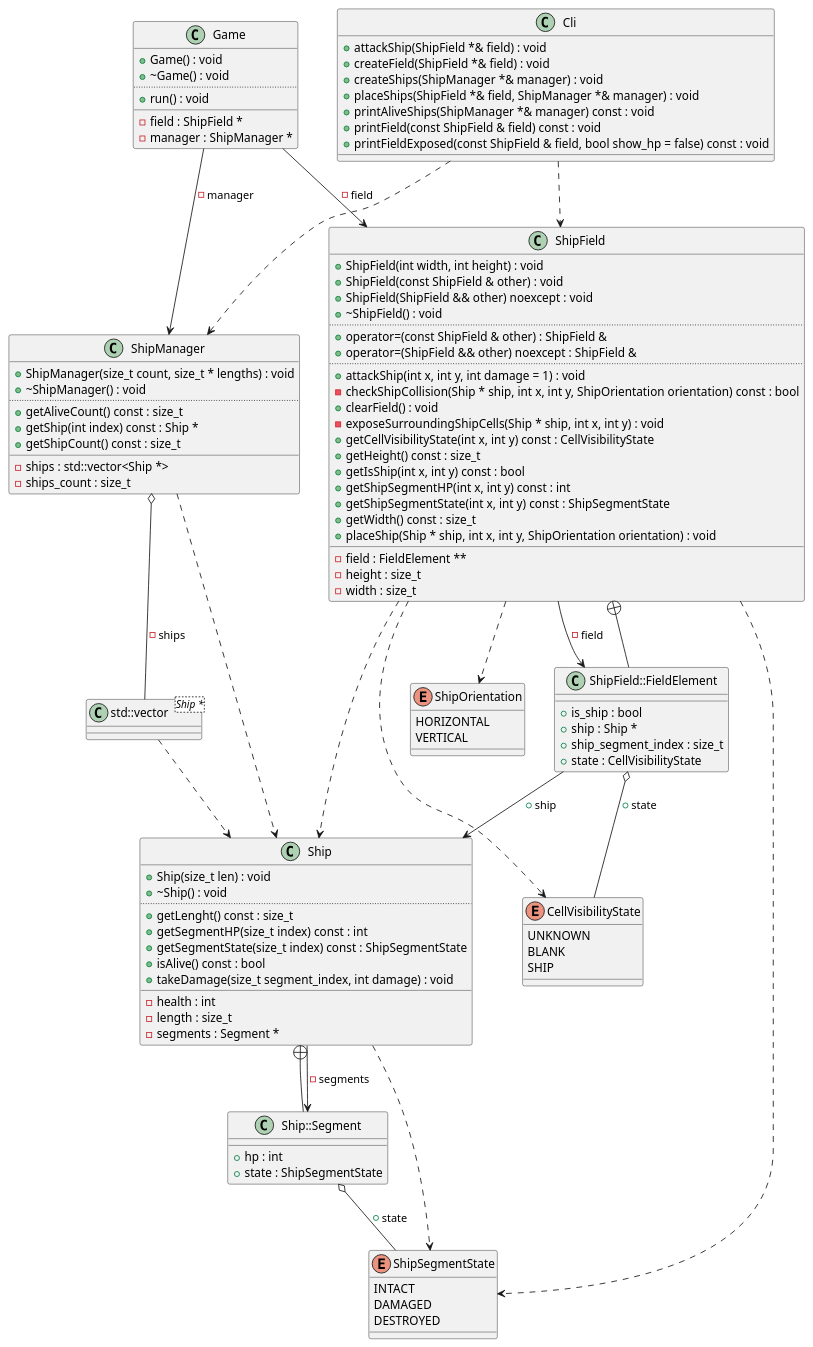
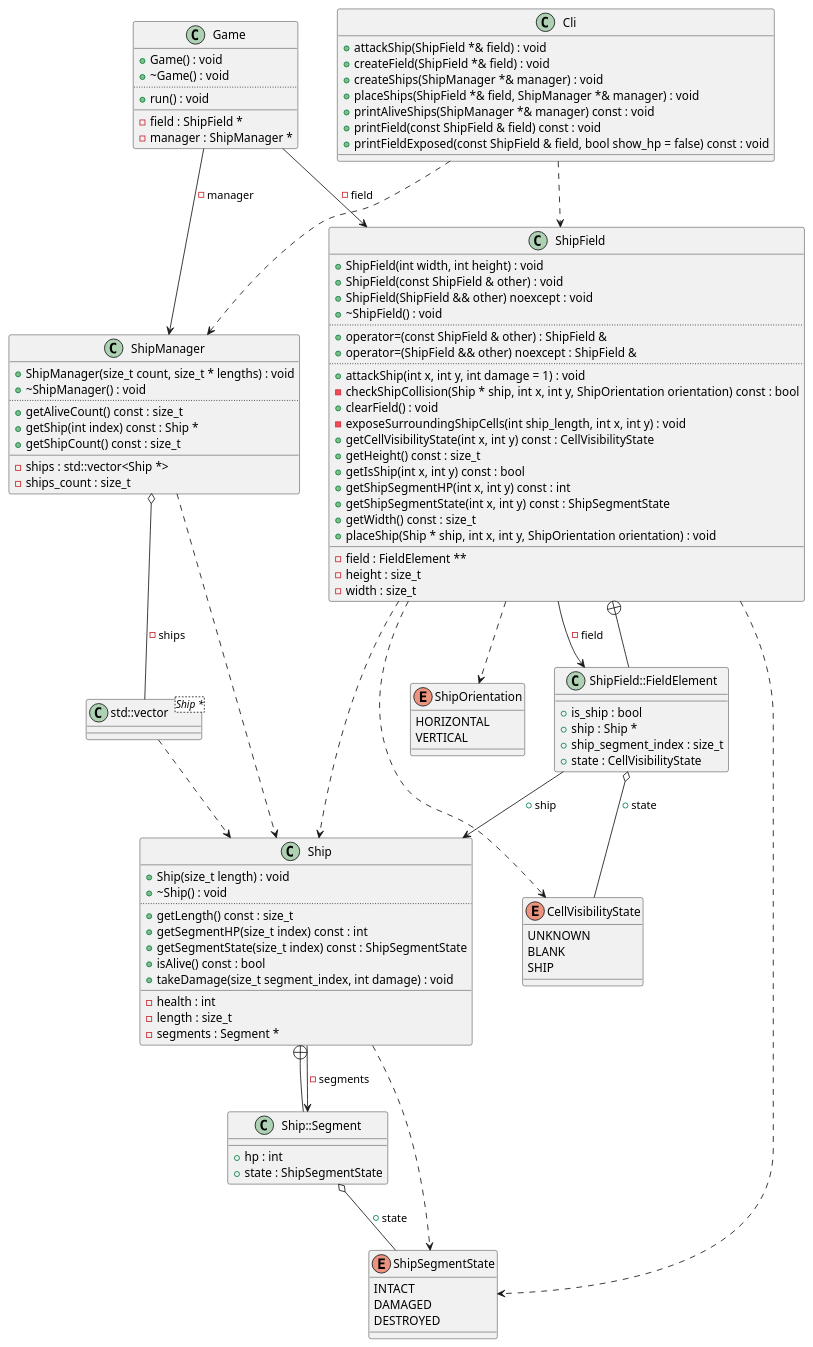
One commit to Rennelv/ships changed the diagram in diagrams/Game.puml. Above: the diagram before and after it, drawn with PlantUML. The commit also changed 24 other files, not shown here.

```diff
--- a/diagrams/Game.puml
+++ b/diagrams/Game.puml
@@ -1,133 +1,133 @@
 @startuml
 class "std::vector<Ship *>" as C_0007462257846685508834
 class C_0007462257846685508834 {
 __
 }
 enum "ShipSegmentState" as C_0014256742677139282670
 enum C_0014256742677139282670 {
 INTACT
 DAMAGED
 DESTROYED
 }
 enum "ShipOrientation" as C_0002579181642537833876
 enum C_0002579181642537833876 {
 HORIZONTAL
 VERTICAL
 }
 enum "CellVisibilityState" as C_0003333043679234439357
 enum C_0003333043679234439357 {
 UNKNOWN
 BLANK
 SHIP
 }
 class "Ship" as C_0014529657433315016423
 class C_0014529657433315016423 {
-+Ship(size_t len) : void
++Ship(size_t length) : void
 +~Ship() : void
 ..
-+getLenght() const : size_t
++getLength() const : size_t
 +getSegmentHP(size_t index) const : int
 +getSegmentState(size_t index) const : ShipSegmentState
 +isAlive() const : bool
 +takeDamage(size_t segment_index, int damage) : void
 __
 -health : int
 -length : size_t
 -segments : Segment *
 }
 class "Ship::Segment" as C_0000674658759292391449
 class C_0000674658759292391449 {
 __
 +hp : int
 +state : ShipSegmentState
 }
 class "ShipField" as C_0003843296779074973901
 class C_0003843296779074973901 {
 +ShipField(int width, int height) : void
 +ShipField(const ShipField & other) : void
 +ShipField(ShipField && other) noexcept : void
 +~ShipField() : void
 ..
 +operator=(const ShipField & other) : ShipField &
 +operator=(ShipField && other) noexcept : ShipField &
 ..
 +attackShip(int x, int y, int damage = 1) : void
 -checkShipCollision(Ship * ship, int x, int y, ShipOrientation orientation) const : bool
 +clearField() : void
--exposeSurroundingShipCells(Ship * ship, int x, int y) : void
+-exposeSurroundingShipCells(int ship_length, int x, int y) : void
 +getCellVisibilityState(int x, int y) const : CellVisibilityState
 +getHeight() const : size_t
 +getIsShip(int x, int y) const : bool
 +getShipSegmentHP(int x, int y) const : int
 +getShipSegmentState(int x, int y) const : ShipSegmentState
 +getWidth() const : size_t
 +placeShip(Ship * ship, int x, int y, ShipOrientation orientation) : void
 __
 -field : FieldElement **
 -height : size_t
 -width : size_t
 }
 class "ShipField::FieldElement" as C_0000316359785794417378
 class C_0000316359785794417378 {
 __
 +is_ship : bool
 +ship : Ship *
 +ship_segment_index : size_t
 +state : CellVisibilityState
 }
 class "ShipManager" as C_0017499122254539489506
 class C_0017499122254539489506 {
 +ShipManager(size_t count, size_t * lengths) : void
 +~ShipManager() : void
 ..
 +getAliveCount() const : size_t
 +getShip(int index) const : Ship *
 +getShipCount() const : size_t
 __
 -ships : std::vector<Ship *>
 -ships_count : size_t
 }
 class "Game" as C_0017470460303031448044
 class C_0017470460303031448044 {
 +Game() : void
 +~Game() : void
 ..
 +run() : void
 __
 -field : ShipField *
 -manager : ShipManager *
 }
 class "Cli" as C_0009229322579776335995
 class C_0009229322579776335995 {
 +attackShip(ShipField *& field) : void
 +createField(ShipField *& field) : void
 +createShips(ShipManager *& manager) : void
 +placeShips(ShipField *& field, ShipManager *& manager) : void
 +printAliveShips(ShipManager *& manager) const : void
 +printField(const ShipField & field) const : void
 +printFieldExposed(const ShipField & field, bool show_hp = false) const : void
 __
 }
 C_0007462257846685508834 ..> C_0014529657433315016423
 C_0014529657433315016423 ..> C_0014256742677139282670
 C_0014529657433315016423 --> C_0000674658759292391449 : -segments
 C_0000674658759292391449 --+ C_0014529657433315016423
 C_0000674658759292391449 o-- C_0014256742677139282670 : +state
 C_0003843296779074973901 ..> C_0014529657433315016423
 C_0003843296779074973901 ..> C_0002579181642537833876
 C_0003843296779074973901 ..> C_0003333043679234439357
 C_0003843296779074973901 ..> C_0014256742677139282670
 C_0003843296779074973901 --> C_0000316359785794417378 : -field
 C_0000316359785794417378 --+ C_0003843296779074973901
 C_0000316359785794417378 o-- C_0003333043679234439357 : +state
 C_0000316359785794417378 --> C_0014529657433315016423 : +ship
 C_0017499122254539489506 ..> C_0014529657433315016423
 C_0017499122254539489506 o-- C_0007462257846685508834 : -ships
 C_0017470460303031448044 --> C_0003843296779074973901 : -field
 C_0017470460303031448044 --> C_0017499122254539489506 : -manager
 C_0009229322579776335995 ..> C_0003843296779074973901
 C_0009229322579776335995 ..> C_0017499122254539489506
 
 'Generated with clang-uml, version 0.5.5
 'LLVM version clang version 18.1.8
 @enduml
```
